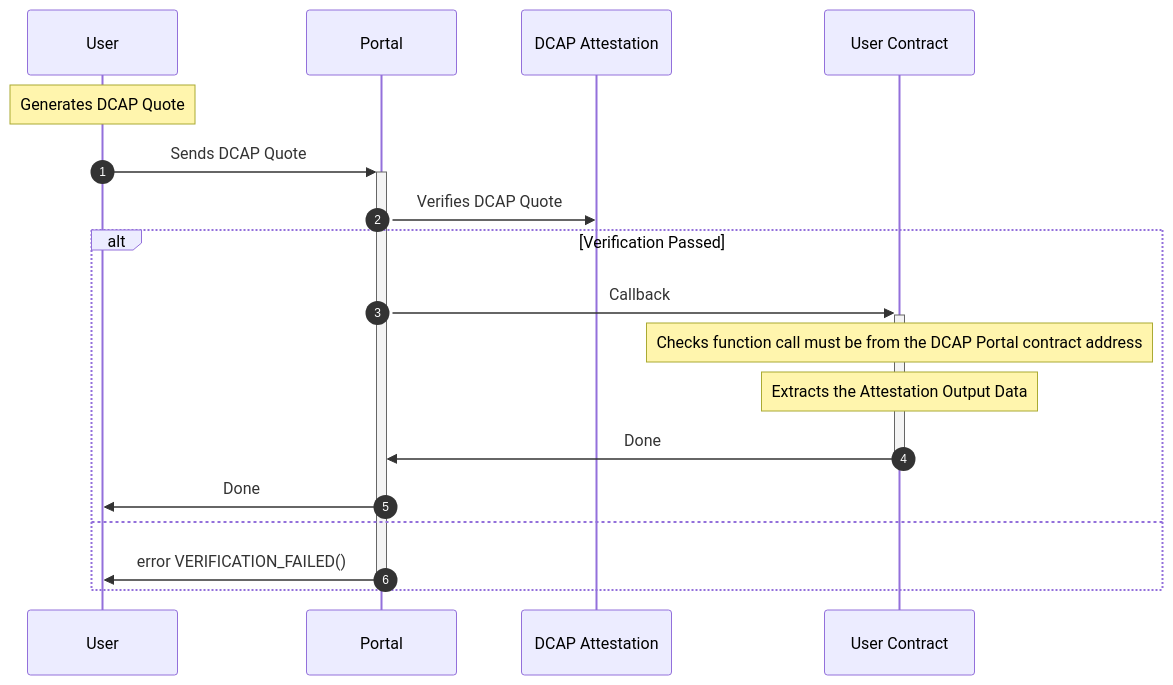
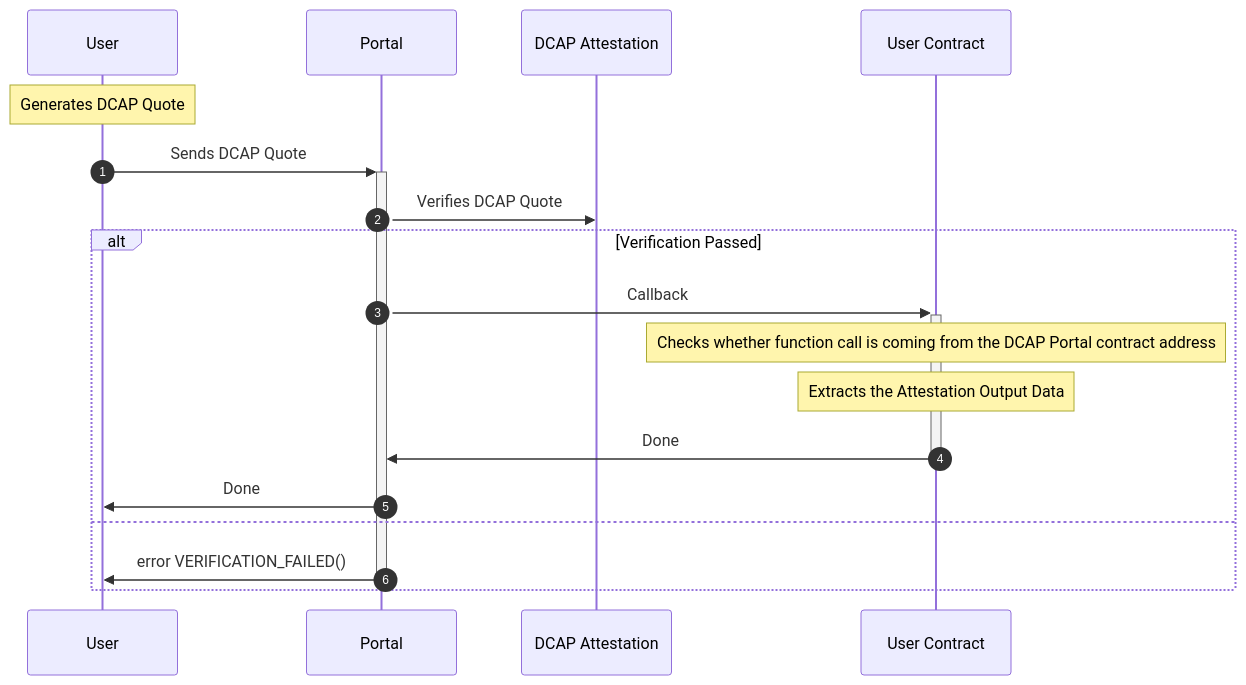
One commit to automata-network/dcap-sdk changed the diagram in packages/dcap-portal/README.md. Above: the diagram before and after it, drawn with Mermaid. The commit also changed other lines of this file and 2 other files, not shown here.

````diff
--- a/packages/dcap-portal/README.md
+++ b/packages/dcap-portal/README.md
@@ -23,21 +23,21 @@
 ```mermaid
 sequenceDiagram
   autonumber
     participant U as User
     participant P as Portal
     participant A as DCAP Attestation
     participant C as User Contract
     
 note over U: Generates DCAP Quote
 U->>+P: Sends DCAP Quote
 P->>A: Verifies DCAP Quote
 alt Verification Passed
 	P->>+C: Callback
-    note over C: Checks function call must be from the DCAP Portal contract address
+    note over C: Checks whether function call is coming from the DCAP Portal contract address
     note over C: Extracts the Attestation Output Data
     C->>-P: Done
 	P->>U: Done
 else
 	P->>-U: error VERIFICATION_FAILED()
 end
 ```
````
